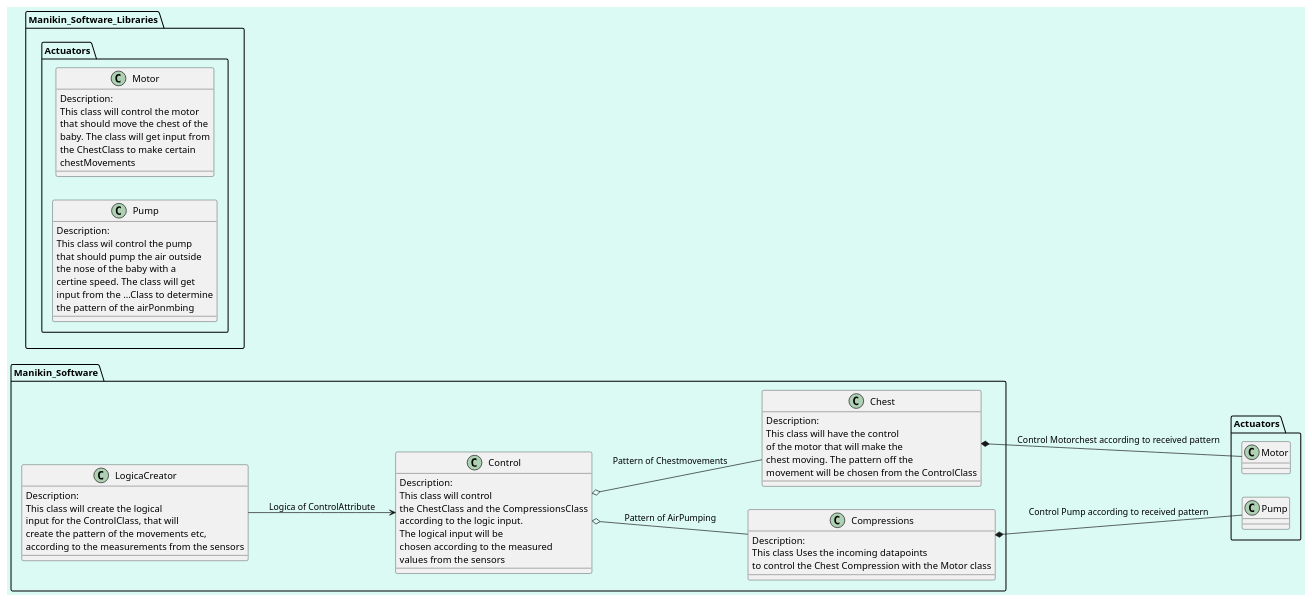
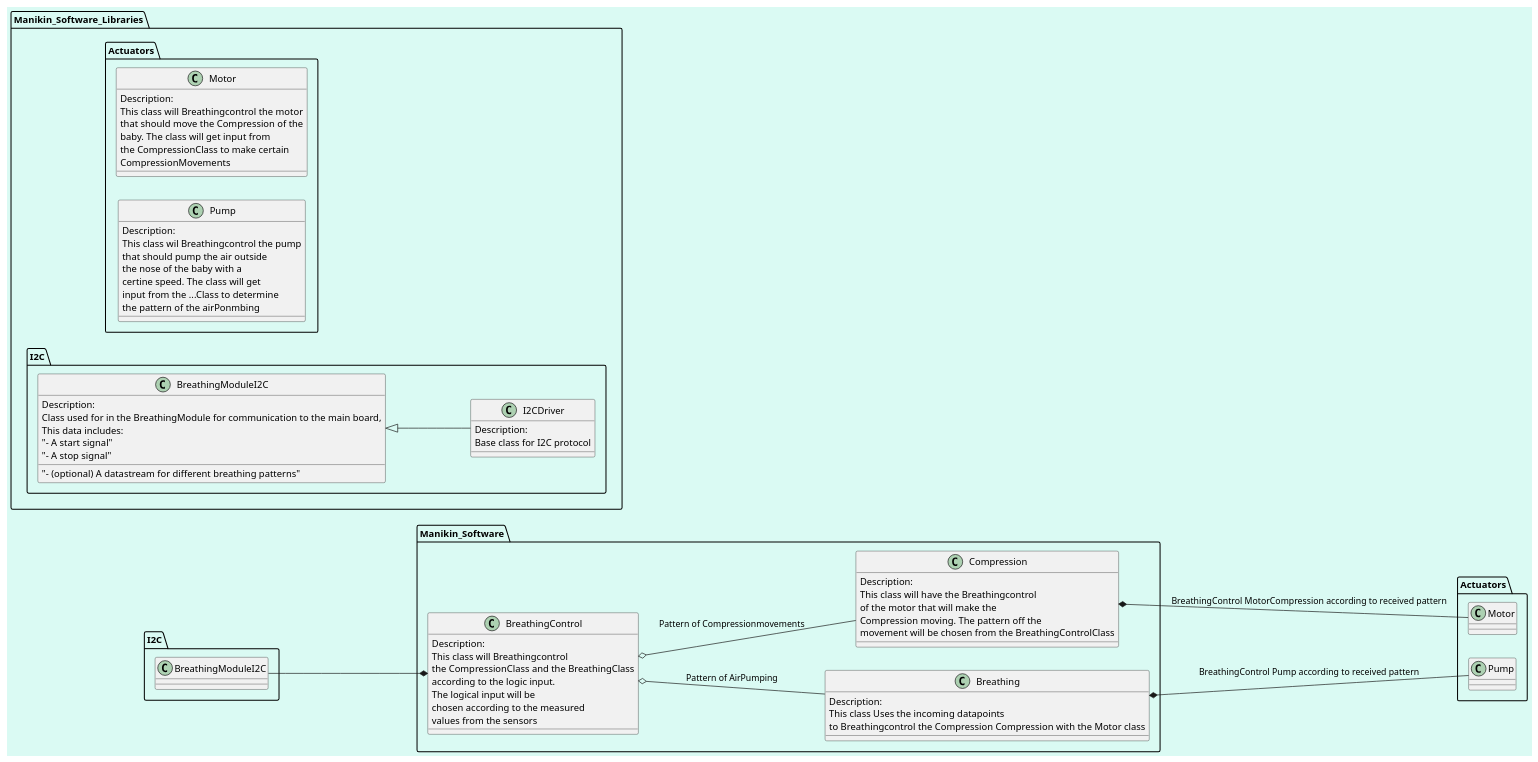
One commit to RobotPatient/Manikin_Software changed the diagram in ActuatorHub-breathingModule/docs/ClassDiagram.puml. Above: the diagram before and after it, drawn with PlantUML.

Commit message:
-enh classdiagram has been updated

```diff
--- a/ActuatorHub-breathingModule/docs/ClassDiagram.puml
+++ b/ActuatorHub-breathingModule/docs/ClassDiagram.puml
@@ -1,70 +1,79 @@
 @startuml ClassDesign
 
 left to right direction
 
 skinparam backgroundColor #DAFAF3FF
 
 package Manikin_Software {
-    class LogicaCreator {
+    class BreathingControl {
         Description:
-        This class will create the logical
-        input for the ControlClass, that will 
-        create the pattern of the movements etc,
-        according to the measurements from the sensors
-    }
-
-    class Control {
-        Description:
-        This class will control
-        the ChestClass and the CompressionsClass
+        This class will Breathingcontrol
+        the CompressionClass and the BreathingClass
         according to the logic input.
         The logical input will be 
         chosen according to the measured 
         values from the sensors
     }
 
-    class Chest {
+    class Compression {
         Description:
-        This class will have the control
+        This class will have the Breathingcontrol
         of the motor that will make the 
-        chest moving. The pattern off the
-        movement will be chosen from the ControlClass
+        Compression moving. The pattern off the
+        movement will be chosen from the BreathingControlClass
     }
 
-    class Compressions {
+    class Breathing {
         Description:
         This class Uses the incoming datapoints
-        to control the Chest Compression with the Motor class
+        to Breathingcontrol the Compression Compression with the Motor class
     }
 }
 
 package Manikin_Software_Libraries {
     namespace Actuators {
         class Motor {
             Description:
-            This class will control the motor
-            that should move the chest of the
+            This class will Breathingcontrol the motor
+            that should move the Compression of the
             baby. The class will get input from
-            the ChestClass to make certain 
-            chestMovements
+            the CompressionClass to make certain 
+            CompressionMovements
         }
 
         class Pump {
             Description:
-            This class wil control the pump
+            This class wil Breathingcontrol the pump
             that should pump the air outside 
             the nose of the baby with a 
             certine speed. The class will get
             input from the ...Class to determine 
             the pattern of the airPonmbing 
         }
     }
+    namespace I2C {
+        class I2CDriver {
+            Description:
+            Base class for I2C protocol
+        }
+
+        class BreathingModuleI2C {
+            Description:
+            Class used for in the BreathingModule for communication to the main board,
+            This data includes:
+            "- A start signal"
+            "- A stop signal"
+            "- (optional) A datastream for different breathing patterns"            
+        }
+
+        BreathingModuleI2C <|-- I2CDriver
+    }
 }
 
-LogicaCreator --> Control : Logica of ControlAttribute
-Control o-- Chest : Pattern of Chestmovements
-Control o-- Compressions : Pattern of AirPumping
-Chest   *-- Actuators.Motor : Control Motorchest according to received pattern
-Compressions *-- Actuators.Pump : Control Pump according to received pattern
+I2C.BreathingModuleI2C --* BreathingControl 
+BreathingControl o-- Compression : Pattern of Compressionmovements
+BreathingControl o-- Breathing : Pattern of AirPumping
+Compression   *-- Actuators.Motor : BreathingControl MotorCompression according to received pattern
+Breathing *-- Actuators.Pump : BreathingControl Pump according to received pattern
 
 @enduml
```
